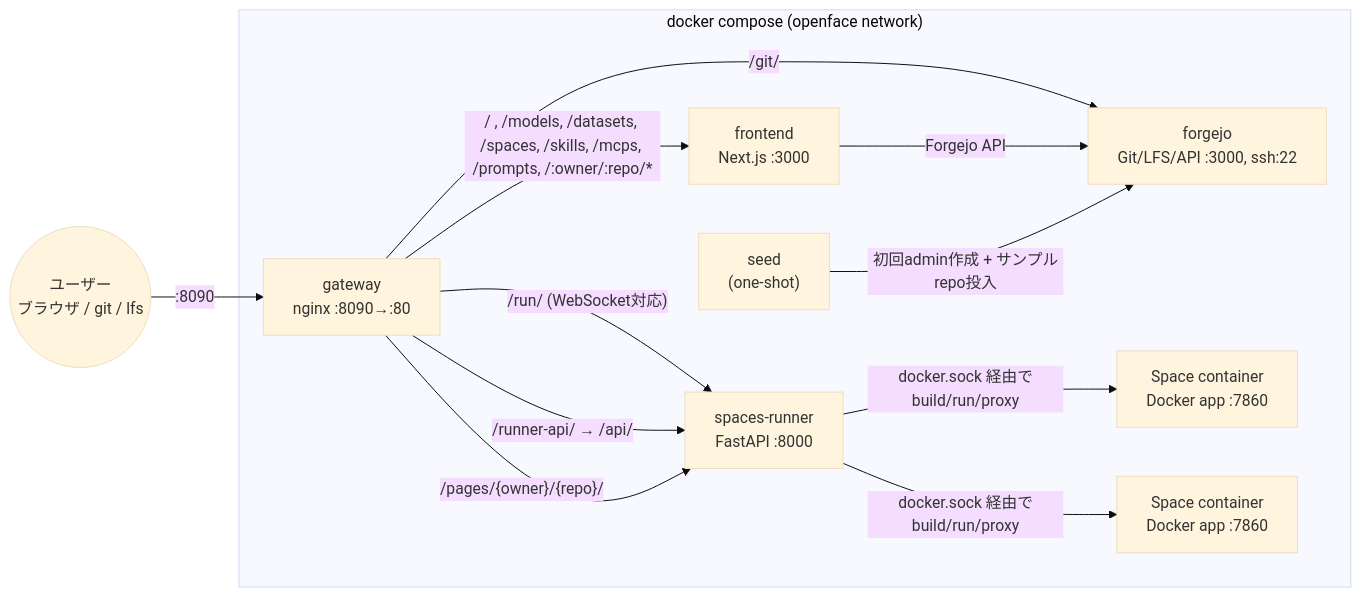
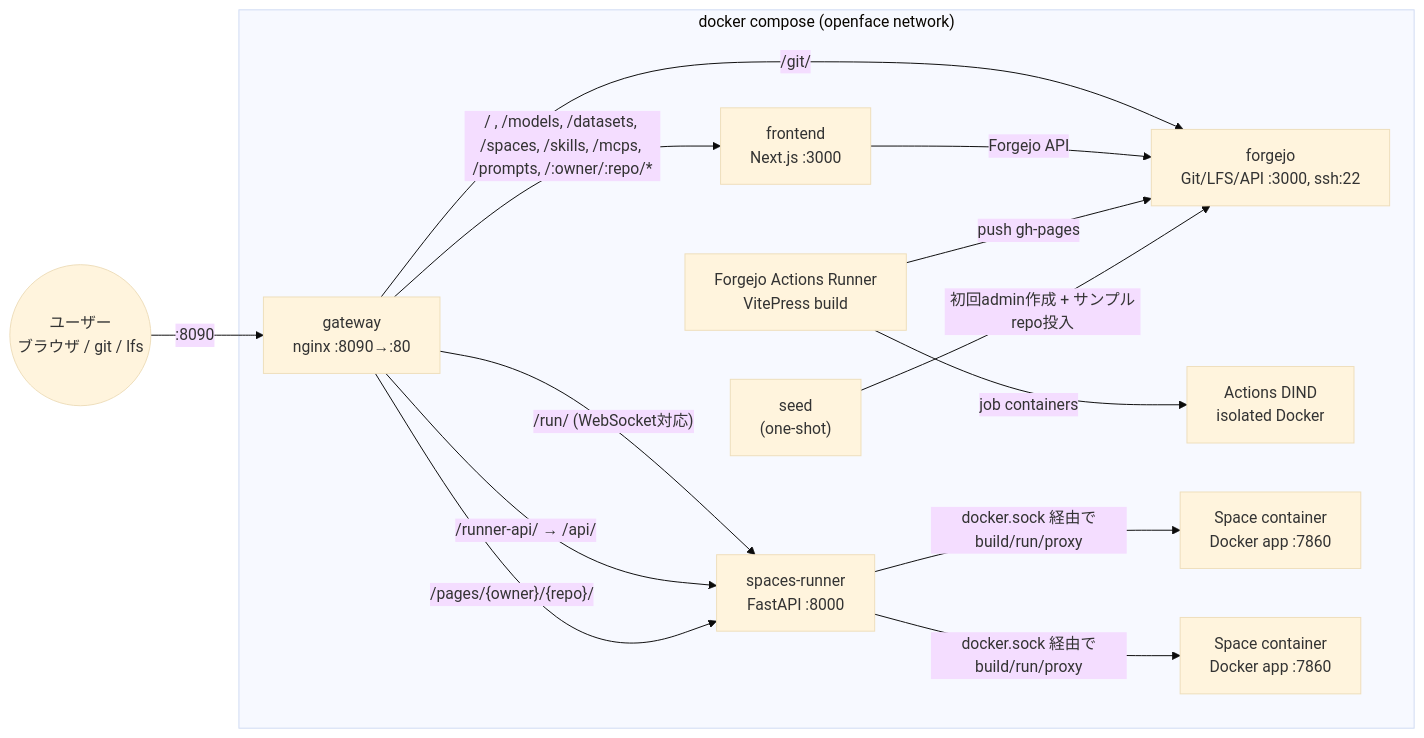
The diagram in README.md (Sunwood-ai-labs/OpenFace), drawn with Mermaid (base theme) before and after one commit. The commit also changed other lines of this file and 3 other files, not shown here.

Commit message:
docs: record VitePress Actions Pages verification

````diff
--- a/README.md
+++ b/README.md
@@ -27,26 +29,30 @@
 ```mermaid
 flowchart LR
     User((ユーザー<br/>ブラウザ / git / lfs))
 
     subgraph Docker["docker compose (openface network)"]
         Gateway["gateway<br/>nginx :8090→:80"]
         Frontend["frontend<br/>Next.js :3000"]
         Forgejo["forgejo<br/>Git/LFS/API :3000, ssh:22"]
         Runner["spaces-runner<br/>FastAPI :8000"]
+        ActionsRunner["Forgejo Actions Runner<br/>VitePress build"]
+        ActionsDind["Actions DIND<br/>isolated Docker"]
         Seed["seed<br/>(one-shot)"]
         SpaceA["Space container<br/>Docker app :7860"]
         SpaceB["Space container<br/>Docker app :7860"]
 
         Gateway -- "/ , /models, /datasets, /spaces, /skills, /mcps, /prompts, /:owner/:repo/*" --> Frontend
         Gateway -- "/git/" --> Forgejo
         Gateway -- "/run/ (WebSocket対応)" --> Runner
         Gateway -- "/runner-api/ → /api/" --> Runner
         Gateway -- "/pages/{owner}/{repo}/" --> Runner
         Frontend -- "Forgejo API" --> Forgejo
         Runner -- "docker.sock 経由でbuild/run/proxy" --> SpaceA
         Runner -- "docker.sock 経由でbuild/run/proxy" --> SpaceB
+        ActionsRunner -- "job containers" --> ActionsDind
+        ActionsRunner -- "push gh-pages" --> Forgejo
         Seed -- "初回admin作成 + サンプルrepo投入" --> Forgejo
     end
 
     User -- ":8090" --> Gateway
 ```
````
